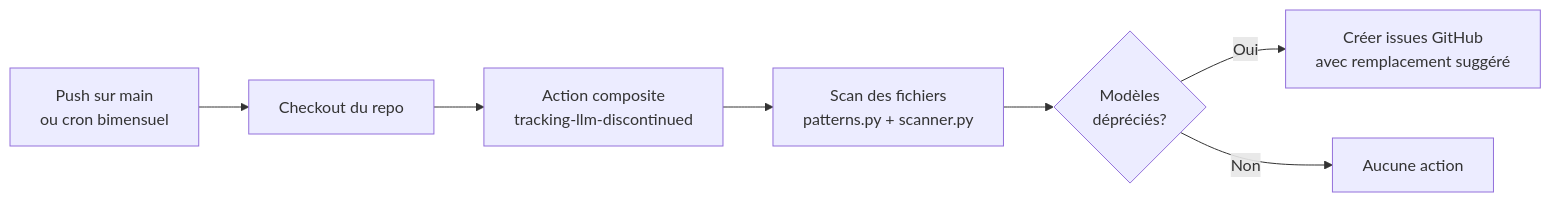
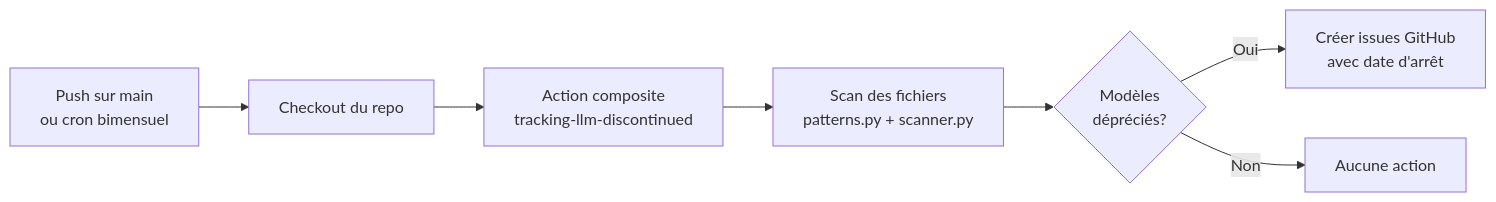
The first of 2 diagrams in README.md (Baseline-quebec/tracking-llm-discontinued), drawn with Mermaid before and after one commit. The commit also changed other lines of this file and 18 other files, not shown here.

````diff
--- a/README.md
+++ b/README.md
@@ -13,9 +13,9 @@
 ```mermaid
 flowchart LR
     A[Push sur main<br>ou cron bimensuel] --> B[Checkout du repo]
     B --> C[Action composite<br>tracking-llm-discontinued]
     C --> D[Scan des fichiers<br>patterns.py + scanner.py]
     D --> E{Modèles<br>dépréciés?}
-    E -->|Oui| F[Créer issues GitHub<br>avec remplacement suggéré]
+    E -->|Oui| F[Créer issues GitHub<br>avec date d'arrêt]
     E -->|Non| G[Aucune action]
 ```
````
